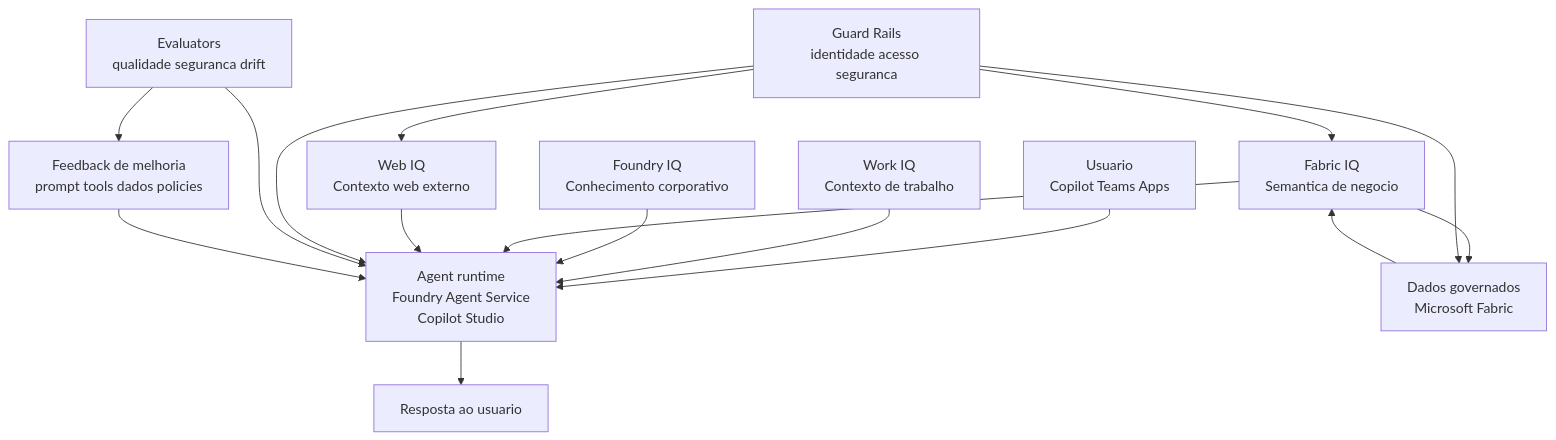
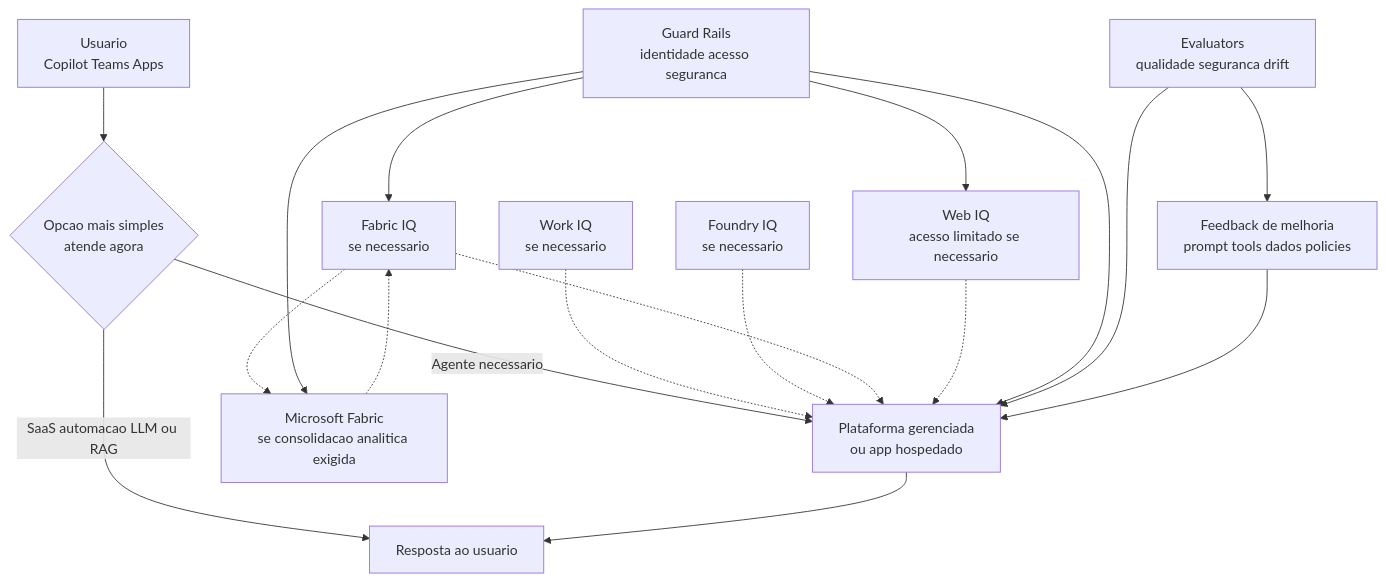
Before and after one commit to fabioharams/hubsp-ai-skill: the diagram in chapters/09-full-integration.md, drawn with Mermaid. The commit also changed other lines of this file and 31 other files, not shown here.

````diff
--- a/chapters/09-full-integration.md
+++ b/chapters/09-full-integration.md
@@ -18,20 +18,22 @@
 ```mermaid
 flowchart TD
-    U[Usuario\nCopilot Teams Apps] --> A[Agent runtime\nFoundry Agent Service\nCopilot Studio]
-    Q[Work IQ\nContexto de trabalho] --> A
-    K[Foundry IQ\nConhecimento corporativo] --> A
-    B[Fabric IQ\nSemantica de negocio] --> A
-    W[Web IQ\nContexto web externo] --> A
-    B --> C[Dados governados\nMicrosoft Fabric]
-    C --> B
-    A --> R[Resposta ao usuario]
+    U[Usuario\nCopilot Teams Apps] --> S{Opcao mais simples\natende agora}
+    S -->|SaaS automacao LLM ou RAG| R[Resposta ao usuario]
+    S -->|Agente necessario| A[Plataforma gerenciada\nou app hospedado]
+    Q[Work IQ\nse necessario] -.-> A
+    K[Foundry IQ\nse necessario] -.-> A
+    B[Fabric IQ\nse necessario] -.-> A
+    W[Web IQ\nacesso limitado se necessario] -.-> A
+    B -.-> C[Microsoft Fabric\nse consolidacao analitica exigida]
+    C -.-> B
+    A --> R
 
     G[Guard Rails\nidentidade acesso seguranca] --> A
     G --> B
     G --> C
     G --> W
 
     E[Evaluators\nqualidade seguranca drift] --> A
     E --> M[Feedback de melhoria\nprompt tools dados policies]
     M --> A
 ```
````
